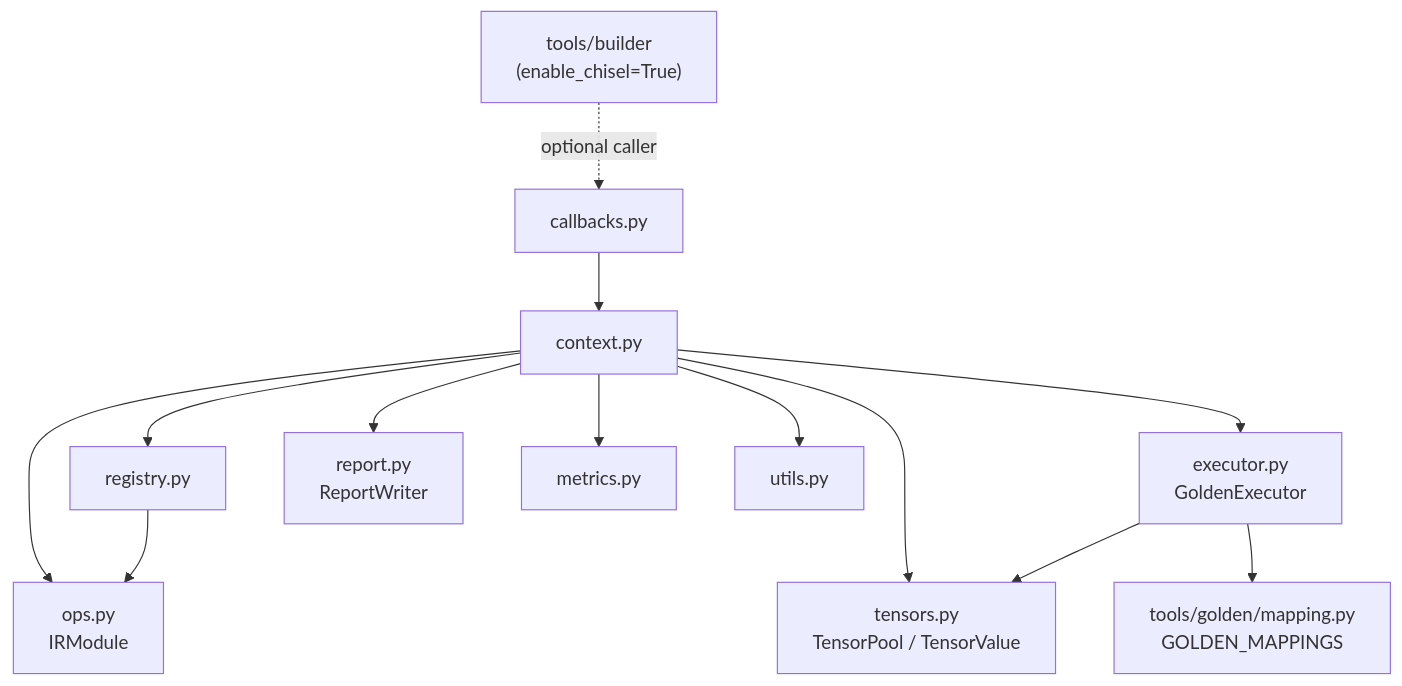
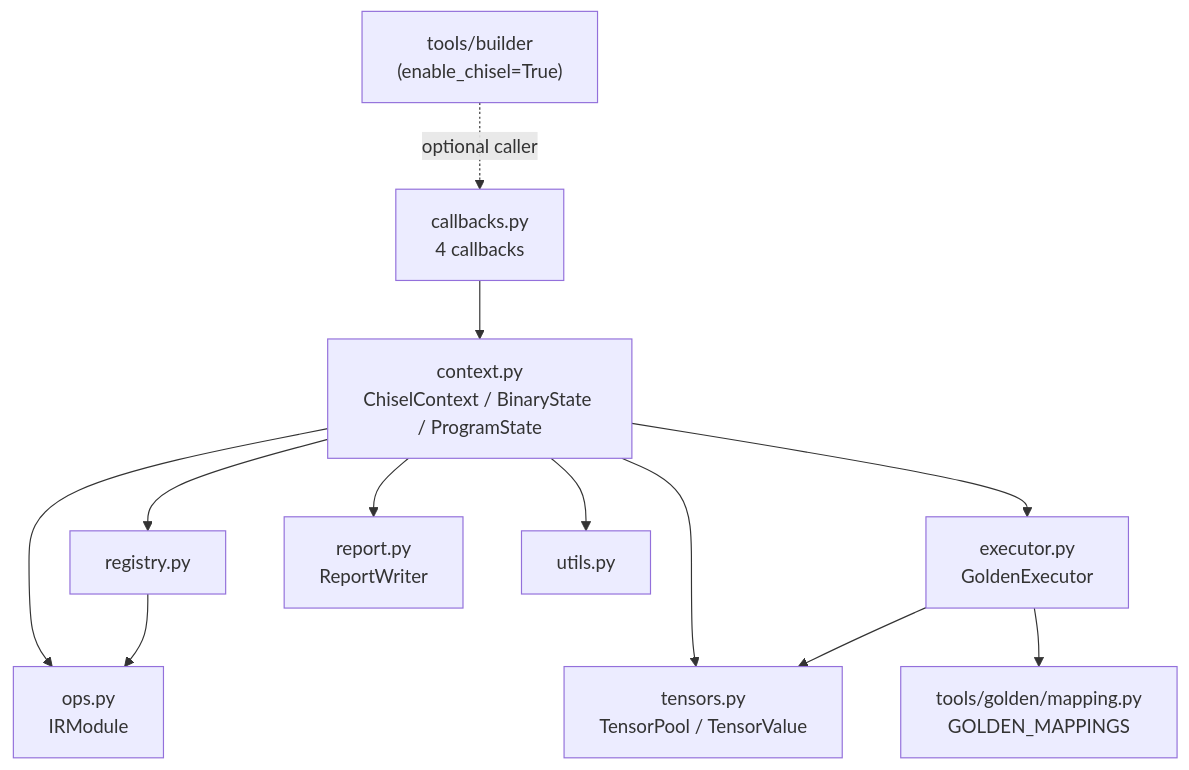
Before and after one commit to tenstorrent/tt-mlir: the third of 4 diagrams in tools/chisel/docs/architecture.md, drawn with Mermaid. The commit also changed other lines of this file and 7 other files, not shown here.

````diff
--- a/tools/chisel/docs/architecture.md
+++ b/tools/chisel/docs/architecture.md
@@ -106,15 +170,14 @@
 ```mermaid
 flowchart TD;
     BLD["tools/builder<br/>(enable_chisel=True)"] -.->|optional caller| CB
-    CB["callbacks.py"] --> CTX["context.py"]
+    CB["callbacks.py<br/>4 callbacks"] --> CTX["context.py<br/>ChiselContext / BinaryState / ProgramState"]
     CTX --> IR["ops.py<br/>IRModule"]
     CTX --> TP["tensors.py<br/>TensorPool / TensorValue"]
     CTX --> REG["registry.py"]
     CTX --> EX["executor.py<br/>GoldenExecutor"]
     CTX --> RPT["report.py<br/>ReportWriter"]
-    CTX --> MET["metrics.py"]
     EX --> GM["tools/golden/mapping.py<br/>GOLDEN_MAPPINGS"]
     EX --> TP
     REG --> IR
     CTX --> UT["utils.py"]
 ```
````
